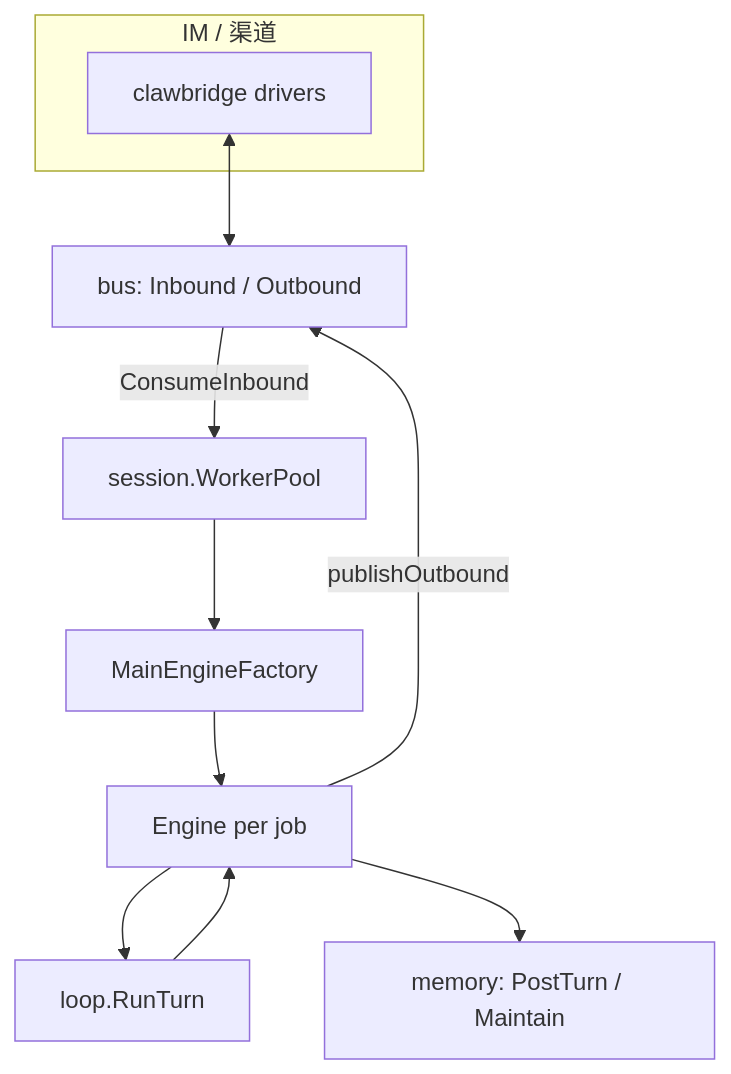
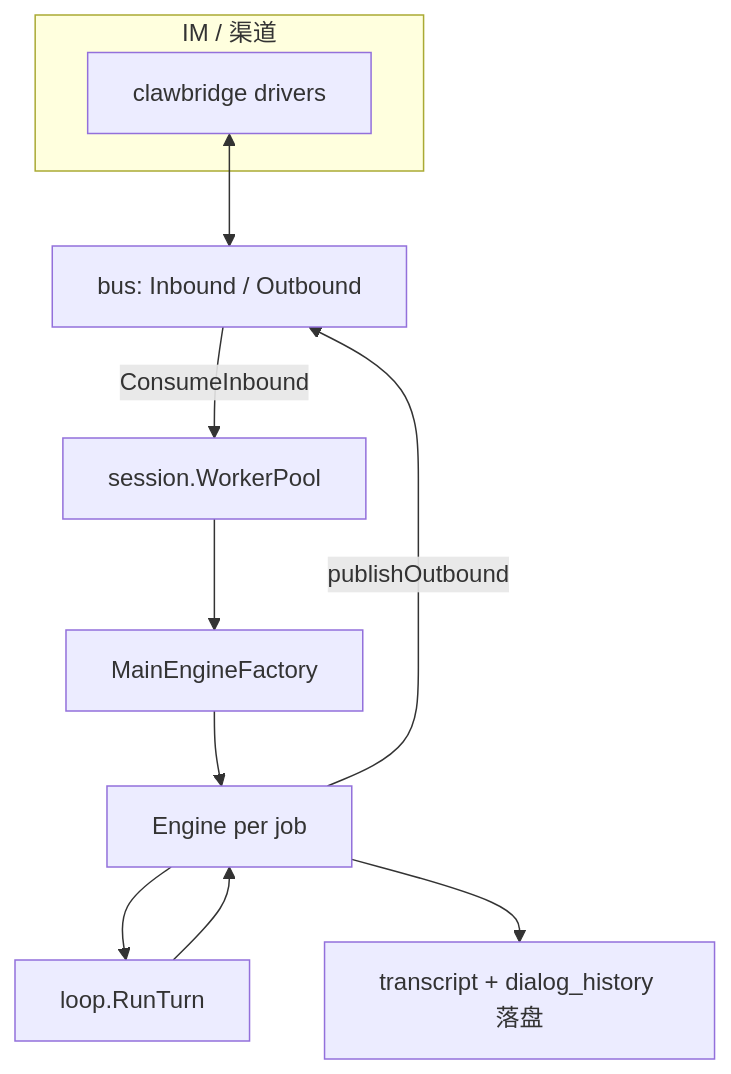
The second of 5 diagrams in docs/runtime-flow.md (lengzhao/oneclaw), drawn with Mermaid before and after one commit. The commit also changed other lines of this file and 140 other files, not shown here.

````diff
--- a/docs/runtime-flow.md
+++ b/docs/runtime-flow.md
@@ -42,20 +41,20 @@
 ```mermaid
 flowchart TB
   subgraph im [IM / 渠道]
     drivers[clawbridge drivers]
   end
   bus[bus: Inbound / Outbound]
   wp[session.WorkerPool]
   fac[MainEngineFactory]
   eng[Engine per job]
   loop[loop.RunTurn]
-  mem[memory: PostTurn / Maintain]
+  disk[transcript + dialog_history 落盘]
   drivers <--> bus
   bus -->|ConsumeInbound| wp
   wp --> fac
   fac --> eng
   eng --> loop
   loop --> eng
-  eng --> mem
+  eng --> disk
   eng -->|publishOutbound| bus
 ```
````
